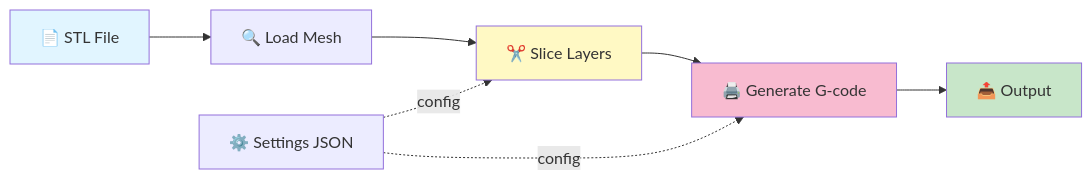
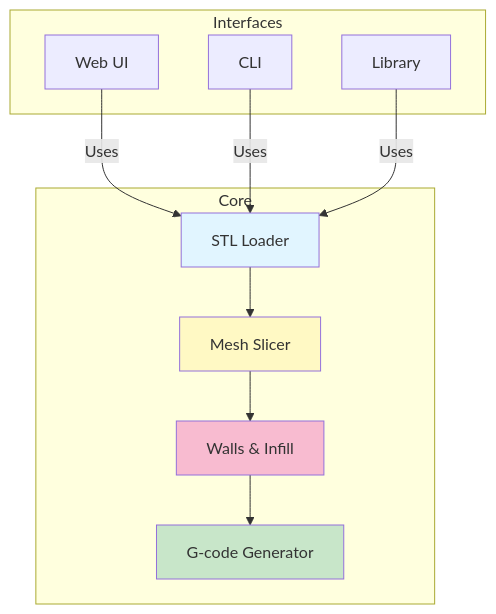
One commit to max-scopp/slicer-engine changed the diagram in README.md. Above: the diagram before and after it, drawn with Mermaid. The commit also changed other lines of this file, not shown here.

````diff
--- a/README.md
+++ b/README.md
@@ -20,15 +17,23 @@
 ```mermaid
-graph LR
-    A["📄 STL File"] --> B["🔍 Load Mesh"]
-    B --> C["✂️ Slice Layers"]
-    C --> D["🖨️ Generate G-code"]
-    D --> E["📤 Output"]
+graph TB
+    subgraph "Core"
+        A["STL Loader"] --> B["Mesh Slicer"]
+        B --> C["Walls & Infill"]
+        C --> D["G-code Generator"]
+    end
     
-    F["⚙️ Settings JSON"] -.config.-> C
-    F -.config.-> D
+    subgraph "Interfaces"
+        E["Web UI"]
+        F["CLI"]
+        G["Library"]
+    end
+    
+    E -->|Uses| A
+    F -->|Uses| A
+    G -->|Uses| A
     
     style A fill:#e1f5ff
-    style E fill:#c8e6c9
-    style C fill:#fff9c4
-    style D fill:#f8bbd0
+    style B fill:#fff9c4
+    style C fill:#f8bbd0
+    style D fill:#c8e6c9
 ```
````
